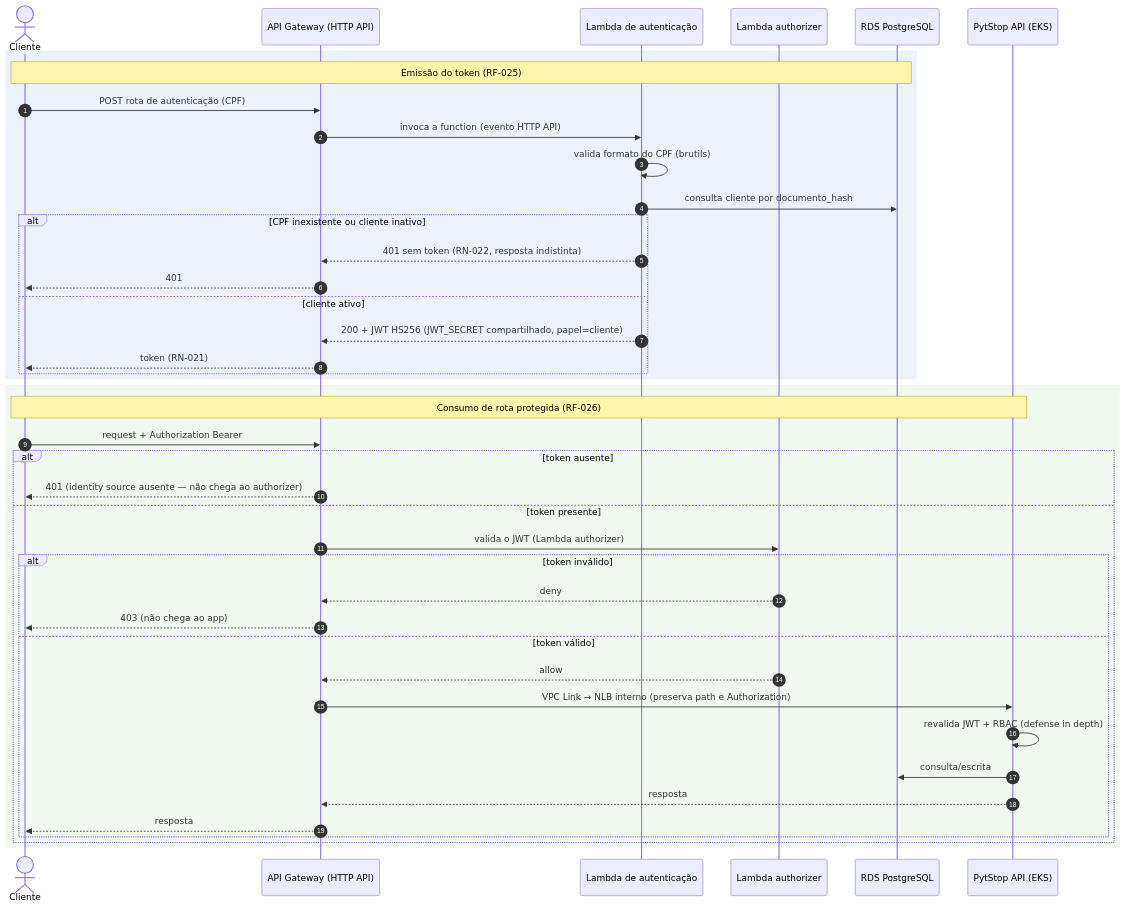
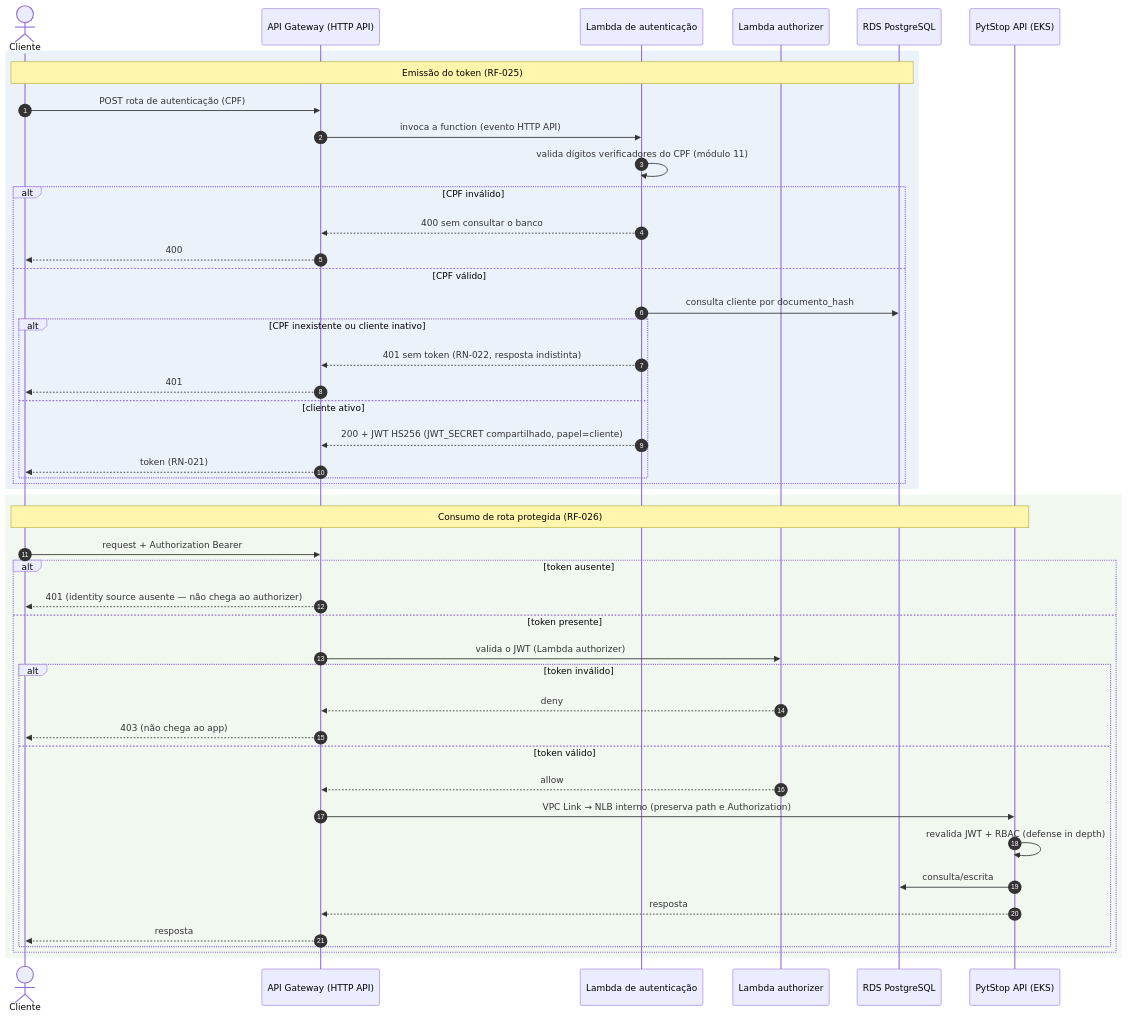
One commit to fiap-postech-sw-architecture/postech-sw-arch-p3 changed the third of 4 diagrams in docs/arquitetura/rfc/fase3/rfc-003-gateway-serverless-observabilidade.md. Above: the diagram before and after it, drawn with Mermaid. The commit also changed other lines of this file and 16 other files, not shown here.

````diff
--- a/docs/arquitetura/rfc/fase3/rfc-003-gateway-serverless-observabilidade.md
+++ b/docs/arquitetura/rfc/fase3/rfc-003-gateway-serverless-observabilidade.md
@@ -286,46 +286,51 @@
 ```mermaid
 sequenceDiagram
     autonumber
     actor C as Cliente
     participant GW as API Gateway (HTTP API)
     participant LA as Lambda de autenticação
     participant AZ as Lambda authorizer
     participant DB as RDS PostgreSQL
     participant APP as PytStop API (EKS)
 
     rect rgb(235, 242, 250)
         Note over C,DB: Emissão do token (RF-025)
         C->>GW: POST rota de autenticação (CPF)
         GW->>LA: invoca a function (evento HTTP API)
-        LA->>LA: valida formato do CPF (brutils)
-        LA->>DB: consulta cliente por documento_hash
-        alt CPF inexistente ou cliente inativo
-            LA-->>GW: 401 sem token (RN-022, resposta indistinta)
-            GW-->>C: 401
-        else cliente ativo
-            LA-->>GW: 200 + JWT HS256 (JWT_SECRET compartilhado, papel=cliente)
-            GW-->>C: token (RN-021)
+        LA->>LA: valida dígitos verificadores do CPF (módulo 11)
+        alt CPF inválido
+            LA-->>GW: 400 sem consultar o banco
+            GW-->>C: 400
+        else CPF válido
+            LA->>DB: consulta cliente por documento_hash
+            alt CPF inexistente ou cliente inativo
+                LA-->>GW: 401 sem token (RN-022, resposta indistinta)
+                GW-->>C: 401
+            else cliente ativo
+                LA-->>GW: 200 + JWT HS256 (JWT_SECRET compartilhado, papel=cliente)
+                GW-->>C: token (RN-021)
+            end
         end
     end
 
     rect rgb(240, 248, 240)
         Note over C,APP: Consumo de rota protegida (RF-026)
         C->>GW: request + Authorization Bearer
         alt token ausente
             GW-->>C: 401 (identity source ausente — não chega ao authorizer)
         else token presente
             GW->>AZ: valida o JWT (Lambda authorizer)
             alt token inválido
                 AZ-->>GW: deny
                 GW-->>C: 403 (não chega ao app)
             else token válido
                 AZ-->>GW: allow
                 GW->>APP: VPC Link → NLB interno (preserva path e Authorization)
                 APP->>APP: revalida JWT + RBAC (defense in depth)
                 APP->>DB: consulta/escrita
                 APP-->>GW: resposta
                 GW-->>C: resposta
             end
         end
     end
 ```
````
